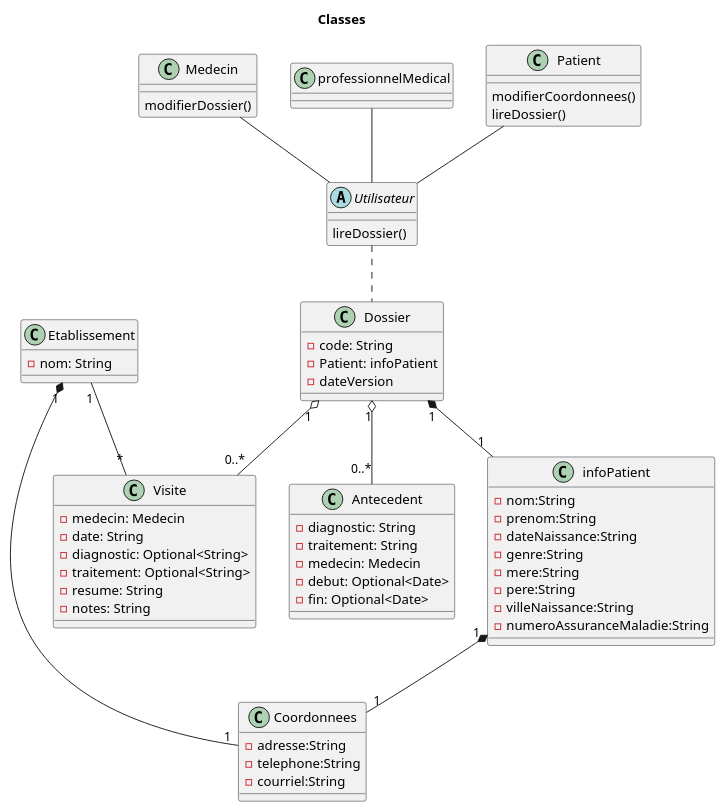
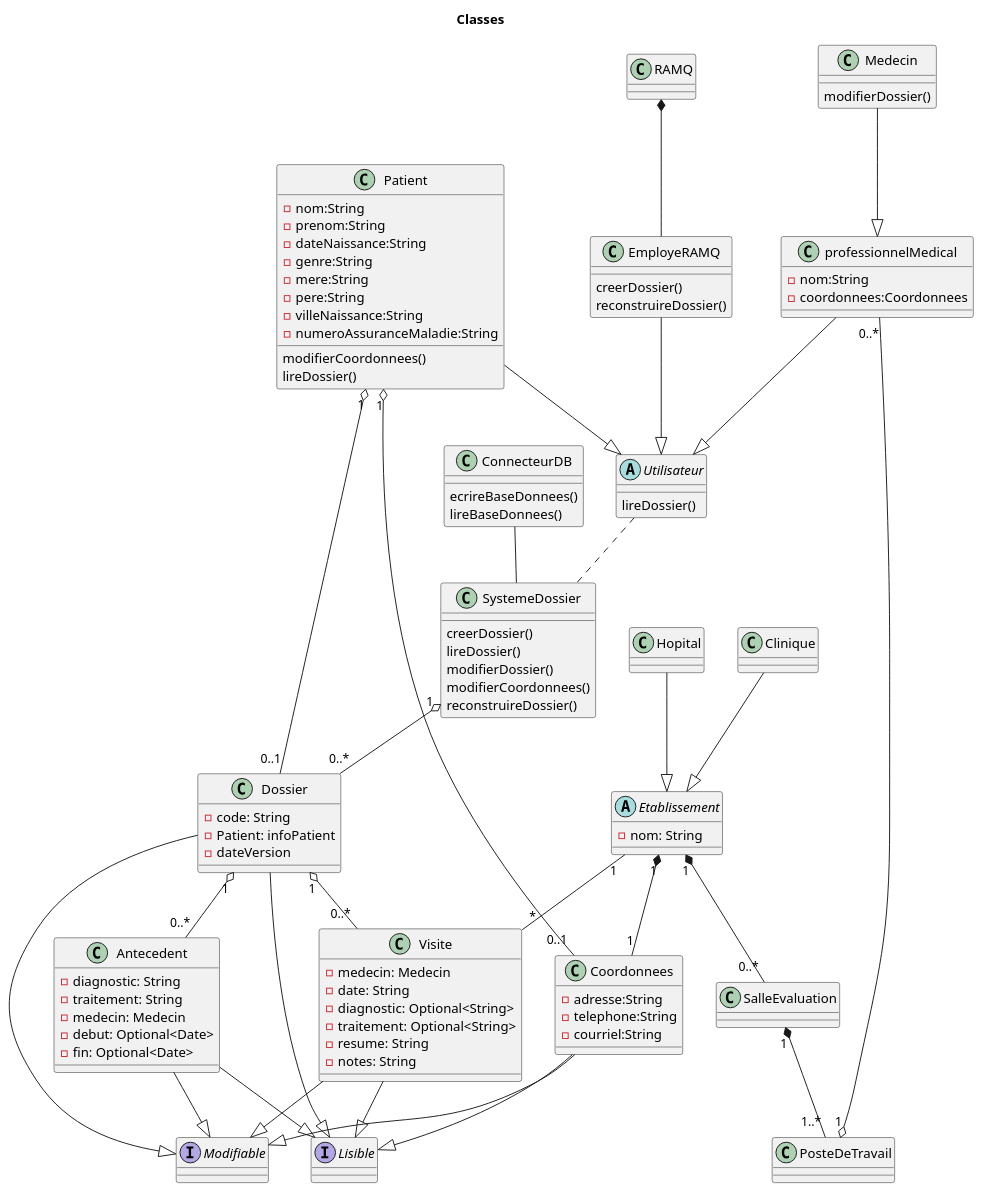
One commit to vbrayuqam/projet-genielog changed the diagram in classes.puml. Above: the diagram before and after it, drawn with PlantUML.

```diff
--- a/classes.puml
+++ b/classes.puml
@@ -1,87 +1,139 @@
 @startuml Classes
 
 title Classes
+
+class SystemeDossier{
+    creerDossier()
+    lireDossier()
+    modifierDossier()
+    modifierCoordonnees()
+    reconstruireDossier()
+
+
+}
+
+class ConnecteurDB{
+    ecrireBaseDonnees()
+    lireBaseDonnees()
+}
+
+ConnecteurDB -- SystemeDossier
+
 
 class Dossier{
     - code: String
     - Patient: infoPatient
     - dateVersion
 }
+
+interface Lisible{}
+interface Modifiable{}
+
+Dossier --|> Lisible
+Dossier --|> Modifiable
 
 class Antecedent{
     - diagnostic: String
     - traitement: String
     - medecin: Medecin
     - debut: Optional<Date>
     - fin: Optional<Date>
 }
+
+Antecedent --|> Lisible
+Antecedent --|> Modifiable
 
 class Visite{
     - medecin: Medecin
     - date: String
     - diagnostic: Optional<String>
     - traitement: Optional<String>
     - resume: String
     - notes: String
 }
 
+Visite --|> Lisible
+Visite --|> Modifiable
 
 class Medecin{
     modifierDossier()
 
 }
 
 class Coordonnees{
     -adresse:String
     -telephone:String
     -courriel:String
 }
 
-class professionnelMedical{}
+Coordonnees --|> Lisible
+Coordonnees --|> Modifiable
+
+class professionnelMedical{
+    -nom:String
+    -coordonnees:Coordonnees
+}
 
 class Patient{
-
-    modifierCoordonnees()
-    lireDossier()
-}
-
-class infoPatient{
     -nom:String
     -prenom:String
     -dateNaissance:String
     -genre:String
     -mere:String
     -pere:String
     -villeNaissance:String
     -numeroAssuranceMaladie:String
+    modifierCoordonnees()
+    lireDossier()
 }
+
+class RAMQ{}
+
+RAMQ *-- EmployeRAMQ
+
+class EmployeRAMQ{
+    creerDossier()
+    reconstruireDossier()
+}
+
+class SalleEvaluation{}
+class PosteDeTravail{}
 
 
 abstract Utilisateur{
     lireDossier()
 }
 
-class Etablissement{
+class Hopital{}
+class Clinique{}
+
+abstract Etablissement{
     - nom: String
 }
 
-Patient -- Utilisateur
-Medecin -- Utilisateur
-professionnelMedical -- Utilisateur
+Patient --|> Utilisateur
+professionnelMedical --|> Utilisateur
 
-Utilisateur .. Dossier
+Utilisateur .. SystemeDossier
 
 
+Hopital --|> Etablissement
+Clinique --|> Etablissement
+EmployeRAMQ --|> Utilisateur
 Etablissement "1" *-- "1" Coordonnees
-infoPatient "1" *-- "1" Coordonnees
+Etablissement "1" *-- "0..*" SalleEvaluation
+SalleEvaluation "1" *-- "1..*" PosteDeTravail
+Patient "1" o-- "0..1" Coordonnees
+Medecin --|> professionnelMedical
+professionnelMedical "0..*" --o "1" PosteDeTravail
+SystemeDossier "1" o-- "0..*" Dossier
 
-
-Dossier "1" *-- "1" infoPatient
+Patient "1" o-- "0..1" Dossier
 
 Dossier "1" o-- "0..*" Antecedent
 
 Dossier "1" o-- "0..*" Visite
 
 Etablissement "1" -- "*" Visite
 
 @enduml
```
